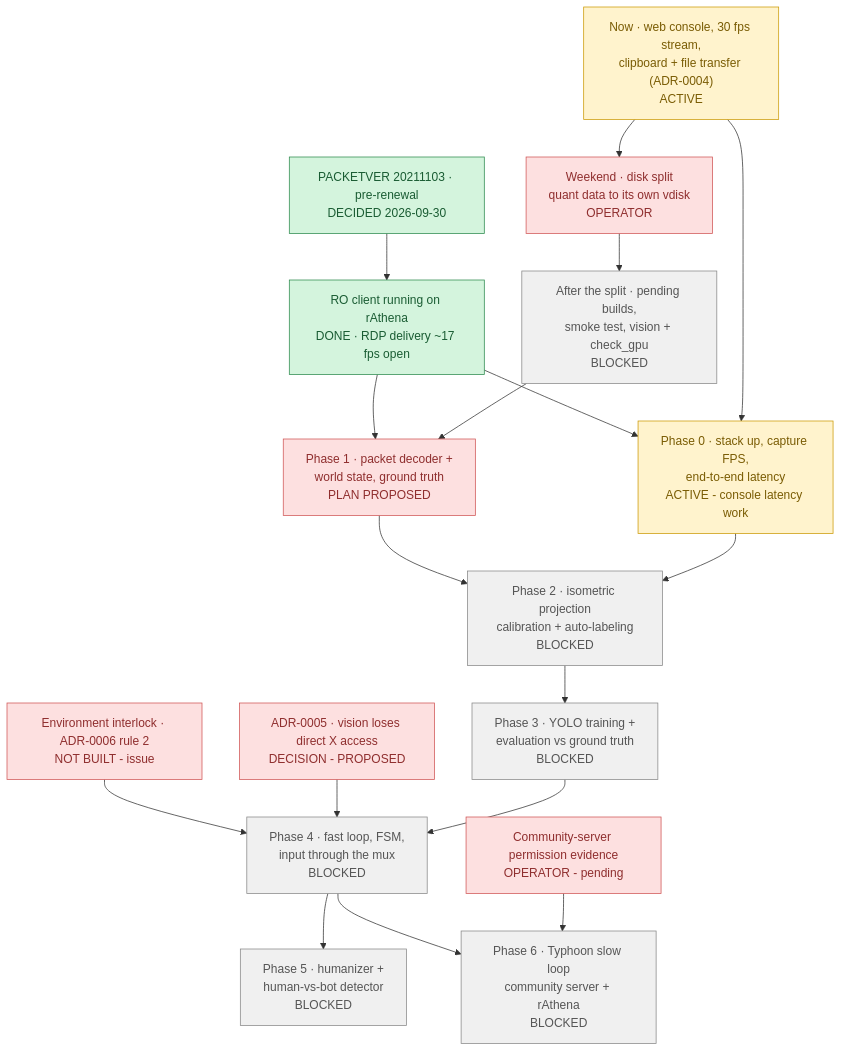
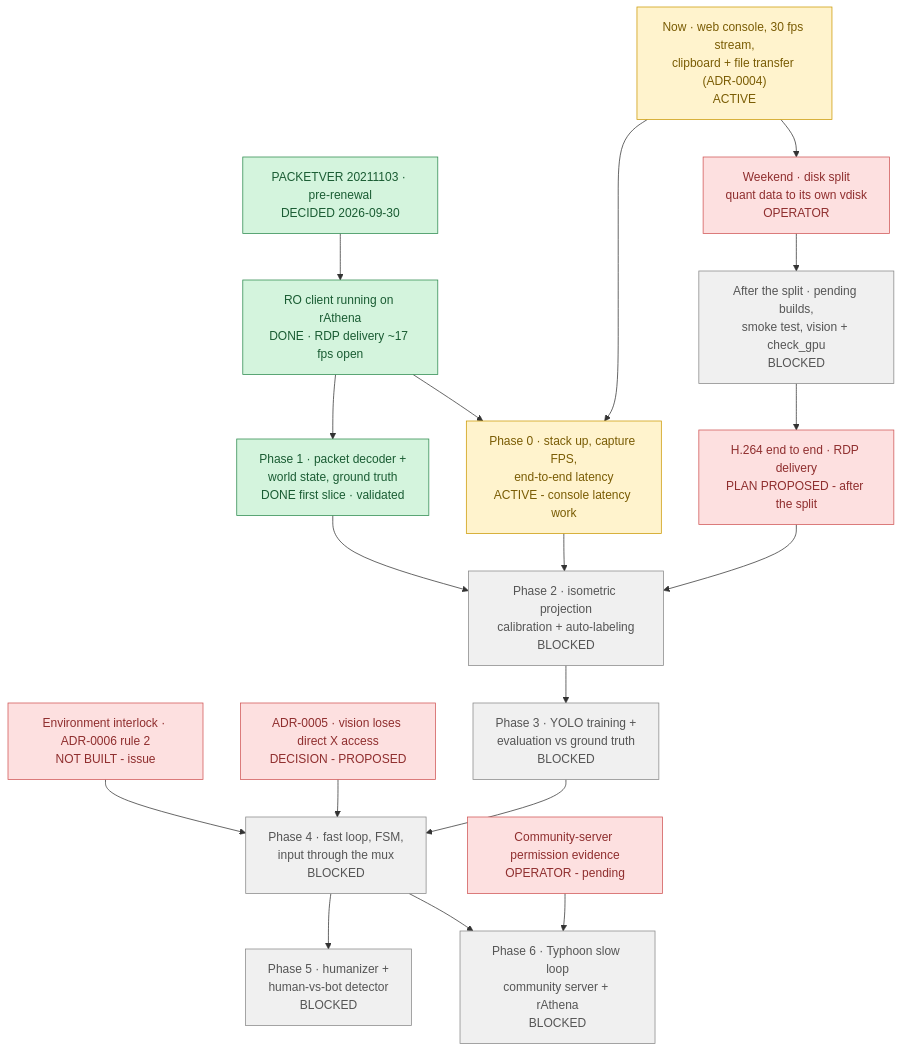
One commit to lumduan/poring-lab changed the diagram in docs/ROADMAP.md. Above: the diagram before and after it, drawn with Mermaid. The commit also changed other lines of this file and 8 other files, not shown here.

First line of the commit message:
docs: ADR-0007 accepted, Phase 1 validation, 800x664 window + FPS cap, H.264 plan, ROADMAP

````diff
--- a/docs/ROADMAP.md
+++ b/docs/ROADMAP.md
@@ -11,45 +11,47 @@
 ```mermaid
 flowchart TD
     N1["Now · web console, 30 fps stream,<br/>clipboard + file transfer (ADR-0004)<br/>ACTIVE"]
     N2["Weekend · disk split<br/>quant data to its own vdisk<br/>OPERATOR"]
     N3["After the split · pending builds,<br/>smoke test, vision + check_gpu<br/>BLOCKED"]
     D1["PACKETVER 20211103 · pre-renewal<br/>DECIDED 2026-09-30"]
     S1["RO client running on rAthena<br/>DONE · RDP delivery ~17 fps open"]
     D2["ADR-0005 · vision loses direct X access<br/>DECISION - PROPOSED"]
     D3["Environment interlock · ADR-0006 rule 2<br/>NOT BUILT - issue"]
     E1["Community-server permission evidence<br/>OPERATOR - pending"]
     P0["Phase 0 · stack up, capture FPS,<br/>end-to-end latency<br/>ACTIVE - console latency work"]
-    P1["Phase 1 · packet decoder +<br/>world state, ground truth<br/>PLAN PROPOSED"]
+    P1["Phase 1 · packet decoder +<br/>world state, ground truth<br/>DONE first slice · validated"]
+    H1["H.264 end to end · RDP delivery<br/>PLAN PROPOSED - after the split"]
     P2["Phase 2 · isometric projection<br/>calibration + auto-labeling<br/>BLOCKED"]
     P3["Phase 3 · YOLO training +<br/>evaluation vs ground truth<br/>BLOCKED"]
     P4["Phase 4 · fast loop, FSM,<br/>input through the mux<br/>BLOCKED"]
     P5["Phase 5 · humanizer +<br/>human-vs-bot detector<br/>BLOCKED"]
     P6["Phase 6 · Typhoon slow loop<br/>community server + rAthena<br/>BLOCKED"]
 
     N1 --> N2 --> N3
-    N3 --> P1
+    N3 --> H1
+    H1 --> P2
     D1 --> S1
     N1 --> P0
     S1 --> P0
     S1 --> P1
     P0 --> P2
     P1 --> P2
     P2 --> P3 --> P4
     D2 --> P4
     D3 --> P4
     E1 --> P6
     P4 --> P5
     P4 --> P6
 
     classDef done     fill:#d4f4dd,stroke:#2d8a4e,color:#1a5c33
     classDef active   fill:#fff3cd,stroke:#cc9a06,color:#7a5c04
     classDef ready    fill:#d6e9ff,stroke:#3b7dd8,color:#1e4d8f
     classDef blocked  fill:#f0f0f0,stroke:#888,color:#555
     classDef decision fill:#fde0e0,stroke:#d05555,color:#8f2e2e
     classDef goal     fill:#ede0fb,stroke:#8a5cd8,color:#4d2e8f
 
-    class D1,S1 done
+    class D1,S1,P1 done
     class N1,P0 active
-    class N2,D2,D3,E1,P1 decision
+    class N2,D2,D3,E1,H1 decision
     class N3,P2,P3,P4,P5,P6 blocked
 ```
````
